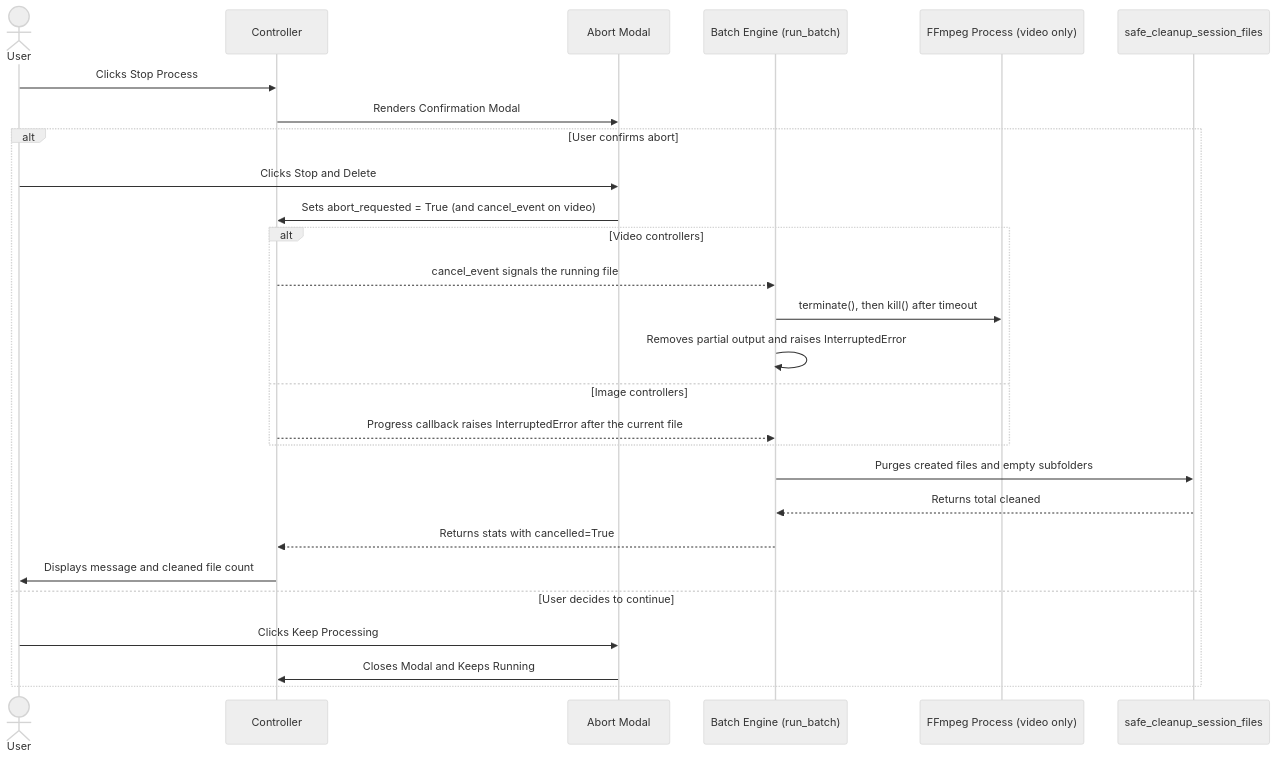
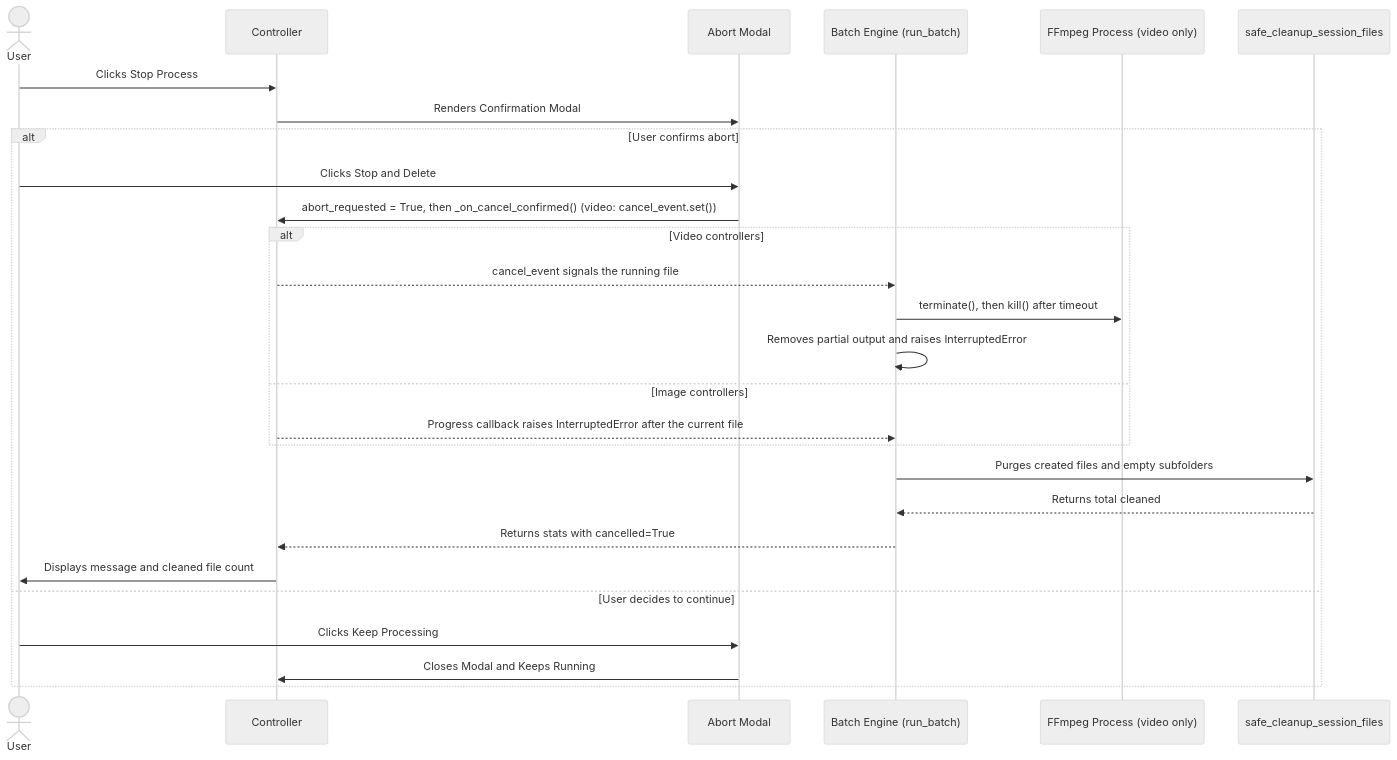
One commit to brunothinker/FallByte changed the second of 4 diagrams in ARCHITECTURE.md. Above: the diagram before and after it, drawn with Mermaid (neutral theme). The commit also changed other lines of this file, not shown here.

Commit message:
docs(architecture): update project structure and controller architecture documentation

````diff
--- a/ARCHITECTURE.md
+++ b/ARCHITECTURE.md
@@ -192,32 +213,32 @@
 ```mermaid
 sequenceDiagram
 
 actor User as User
 participant Controller as Controller
 participant Dialog as Abort Modal
 participant Engine as Batch Engine (run_batch)
 participant FFmpeg as FFmpeg Process (video only)
 participant Cleanup as safe_cleanup_session_files
 
 User->>Controller: Clicks Stop Process
 Controller->>Dialog: Renders Confirmation Modal
 
 alt User confirms abort
     User->>Dialog: Clicks Stop and Delete
-    Dialog->>Controller: Sets abort_requested = True (and cancel_event on video)
+    Dialog->>Controller: abort_requested = True, then _on_cancel_confirmed() (video: cancel_event.set())
     alt Video controllers
         Controller-->>Engine: cancel_event signals the running file
         Engine->>FFmpeg: terminate(), then kill() after timeout
         Engine->>Engine: Removes partial output and raises InterruptedError
     else Image controllers
         Controller-->>Engine: Progress callback raises InterruptedError after the current file
     end
     Engine->>Cleanup: Purges created files and empty subfolders
     Cleanup-->>Engine: Returns total cleaned
     Engine-->>Controller: Returns stats with cancelled=True
     Controller->>User: Displays message and cleaned file count
 else User decides to continue
     User->>Dialog: Clicks Keep Processing
     Dialog->>Controller: Closes Modal and Keeps Running
 end
 ```
````
